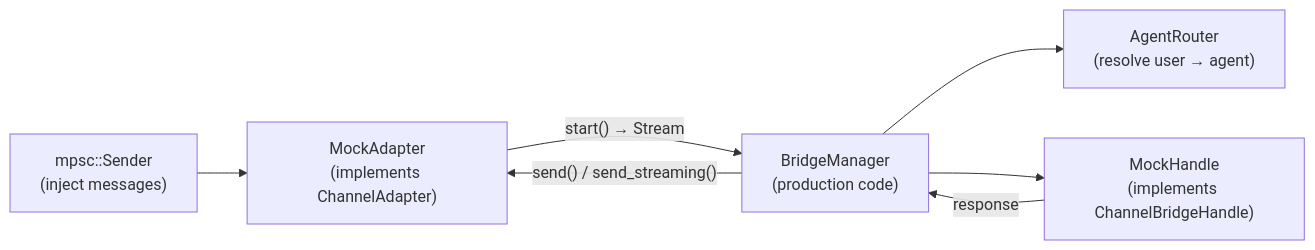
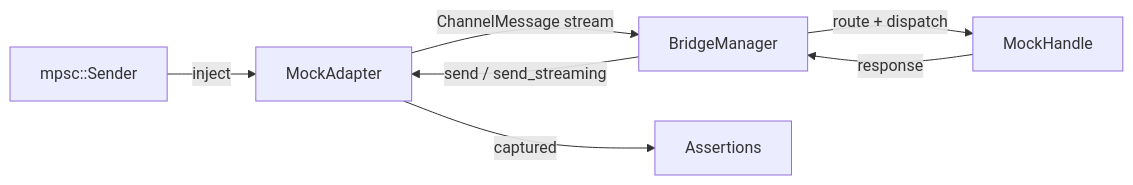
One commit to leszek3737/librefang-WIki changed the diagram in other-librefang-channels-tests.md. Above: the diagram before and after it, drawn with Mermaid. The commit also changed other lines of this file and 100 other files, not shown here.

````diff
--- a/other-librefang-channels-tests.md
+++ b/other-librefang-channels-tests.md
@@ -11,9 +11,9 @@
 ```mermaid
 graph LR
-    TX["mpsc::Sender<br/>(inject messages)"] --> MA["MockAdapter<br/>(implements ChannelAdapter)"]
-    MA -->|"start() → Stream"| BM["BridgeManager<br/>(production code)"]
-    BM --> AR["AgentRouter<br/>(resolve user → agent)"]
-    BM --> MH["MockHandle<br/>(implements ChannelBridgeHandle)"]
-    MH -->|"response"| BM
-    BM -->|"send() / send_streaming()"| MA
+    TX[mpsc::Sender] -->|inject| MA[MockAdapter]
+    MA -->|ChannelMessage stream| BM[BridgeManager]
+    BM -->|route + dispatch| MH[MockHandle]
+    MH -->|response| BM
+    BM -->|send / send_streaming| MA
+    MA -->|captured| Assert[Assertions]
 ```
````
